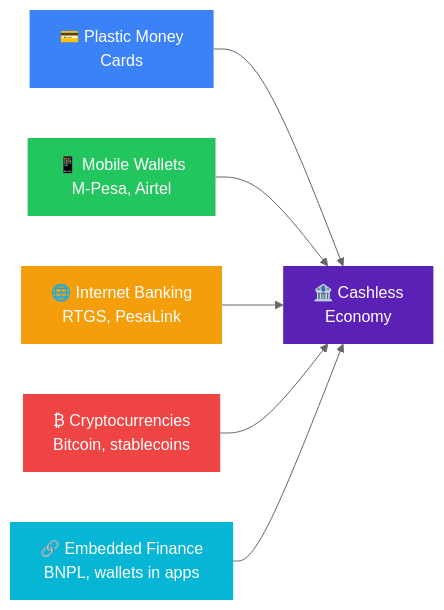
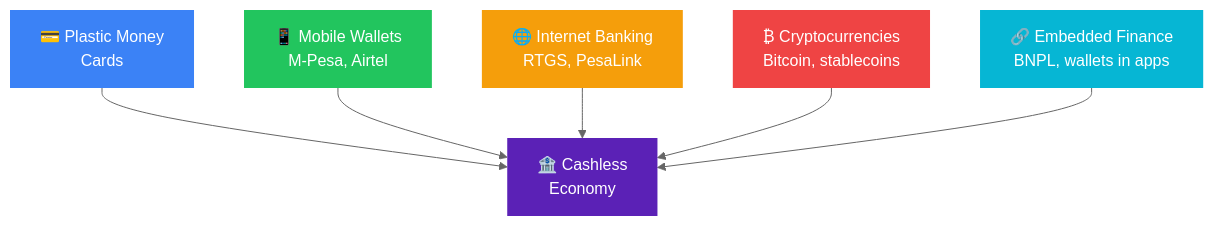
Before and after one commit to bengula/BengulaLive: the diagram in Bengula-Jacob/content/banking-credit/what-is-a-cashless-economy.md, drawn with Mermaid (neutral theme). The commit also changed 12 other files, not shown here.

Commit message:
improved mermaid syntax

````diff
--- a/Bengula-Jacob/content/banking-credit/what-is-a-cashless-economy.md
+++ b/Bengula-Jacob/content/banking-credit/what-is-a-cashless-economy.md
@@ -57,15 +57,15 @@
 ```mermaid
-flowchart LR
-    A["💳 Plastic Money\nCards"] --> F["🏦 Cashless\nEconomy"]
-    B["📱 Mobile Wallets\nM-Pesa, Airtel"] --> F
-    C["🌐 Internet Banking\nRTGS, PesaLink"] --> F
-    D["₿ Cryptocurrencies\nBitcoin, stablecoins"] --> F
-    E["🔗 Embedded Finance\nBNPL, wallets in apps"] --> F
+flowchart TD
+    A["💳 Plastic Money<br>Cards"] --> F["🏦 Cashless<br>Economy"]
+    B["📱 Mobile Wallets<br>M-Pesa, Airtel"] --> F
+    C["🌐 Internet Banking<br>RTGS, PesaLink"] --> F
+    D["₿ Cryptocurrencies<br>Bitcoin, stablecoins"] --> F
+    E["🔗 Embedded Finance<br>BNPL, wallets in apps"] --> F
 
     style F fill:#5B21B6,color:#fff,stroke:none
     style A fill:#3b82f6,color:#fff,stroke:none
     style B fill:#22c55e,color:#fff,stroke:none
     style C fill:#f59e0b,color:#fff,stroke:none
     style D fill:#ef4444,color:#fff,stroke:none
     style E fill:#06b6d4,color:#fff,stroke:none
 ```
````
